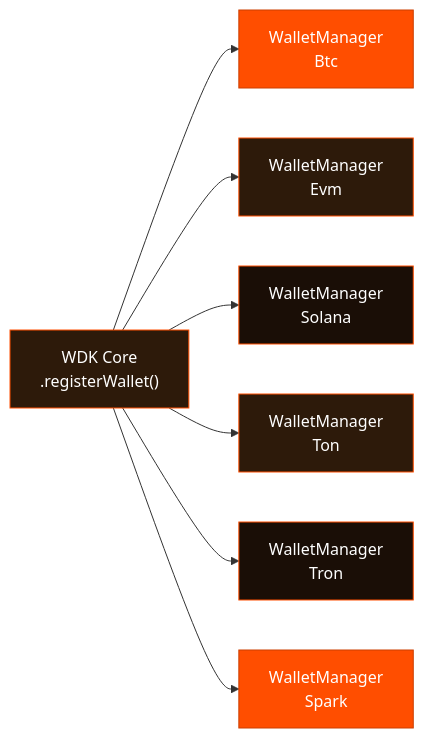
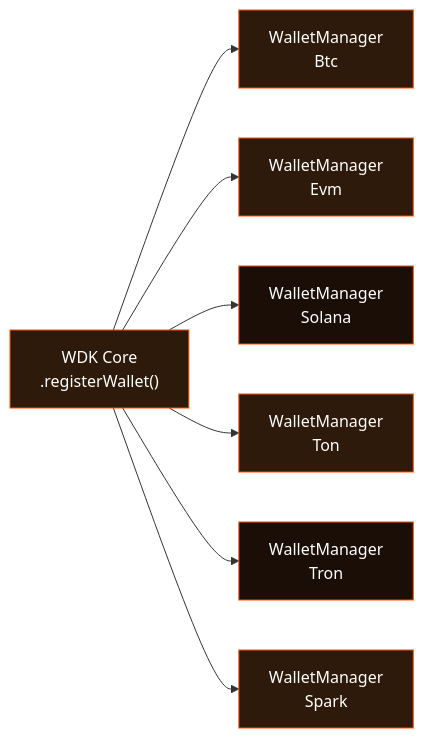
Before and after one commit to gatteo/wdk-docs: the diagram in sdk/core-module/guides/wallet-registration.md, drawn with Mermaid. The commit also changed 16 other files, not shown here.

Commit message:
docs: replace all primary orange backgrounds with dark tones in diagrams

````diff
--- a/sdk/core-module/guides/wallet-registration.md
+++ b/sdk/core-module/guides/wallet-registration.md
@@ -24,18 +24,18 @@
 ```mermaid
 graph LR
     WDK["WDK Core\n.registerWallet()"]
     WDK --> BTC["WalletManager\nBtc"]
     WDK --> EVM["WalletManager\nEvm"]
     WDK --> SOL["WalletManager\nSolana"]
     WDK --> TON["WalletManager\nTon"]
     WDK --> TRON["WalletManager\nTron"]
     WDK --> SPARK["WalletManager\nSpark"]
 
     style WDK fill:#2d1a0a,stroke:#FF4E00,color:#fff
-    style BTC fill:#FF4E00,stroke:#cc3e00,color:#fff
+    style BTC fill:#2d1a0a,stroke:#FF4E00,color:#fff
     style EVM fill:#2d1a0a,stroke:#FF4E00,color:#fff
     style SOL fill:#1a0e06,stroke:#FF4E00,color:#fff
     style TON fill:#2d1a0a,stroke:#FF4E00,color:#fff
     style TRON fill:#1a0e06,stroke:#FF4E00,color:#fff
-    style SPARK fill:#FF4E00,stroke:#cc3e00,color:#fff
+    style SPARK fill:#2d1a0a,stroke:#FF4E00,color:#fff
 ```
````
